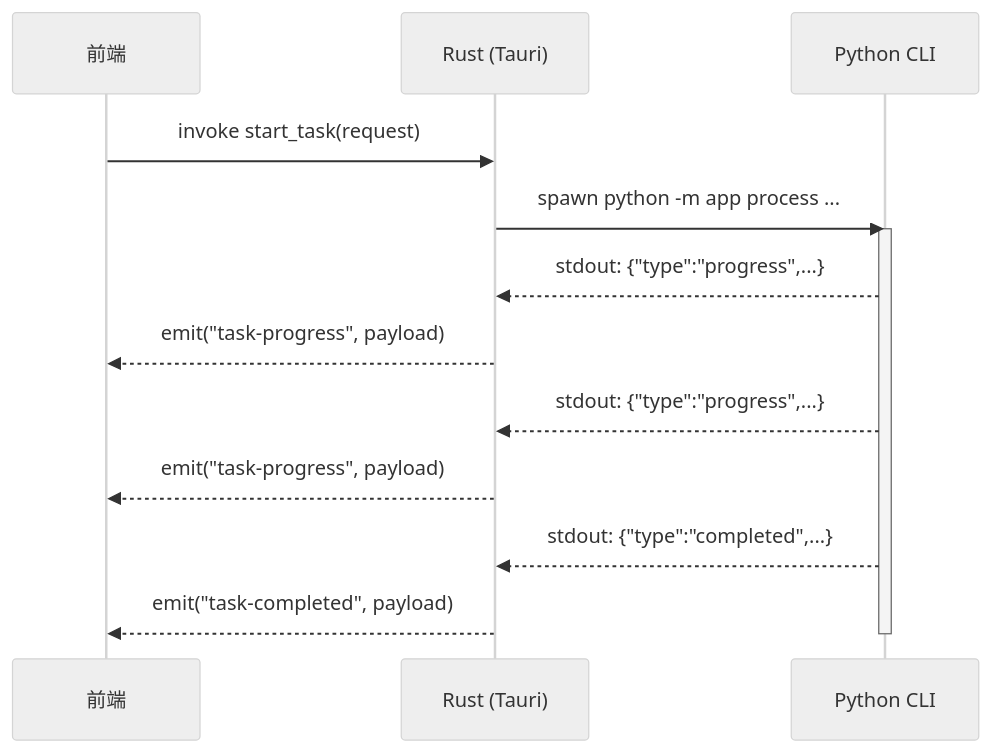
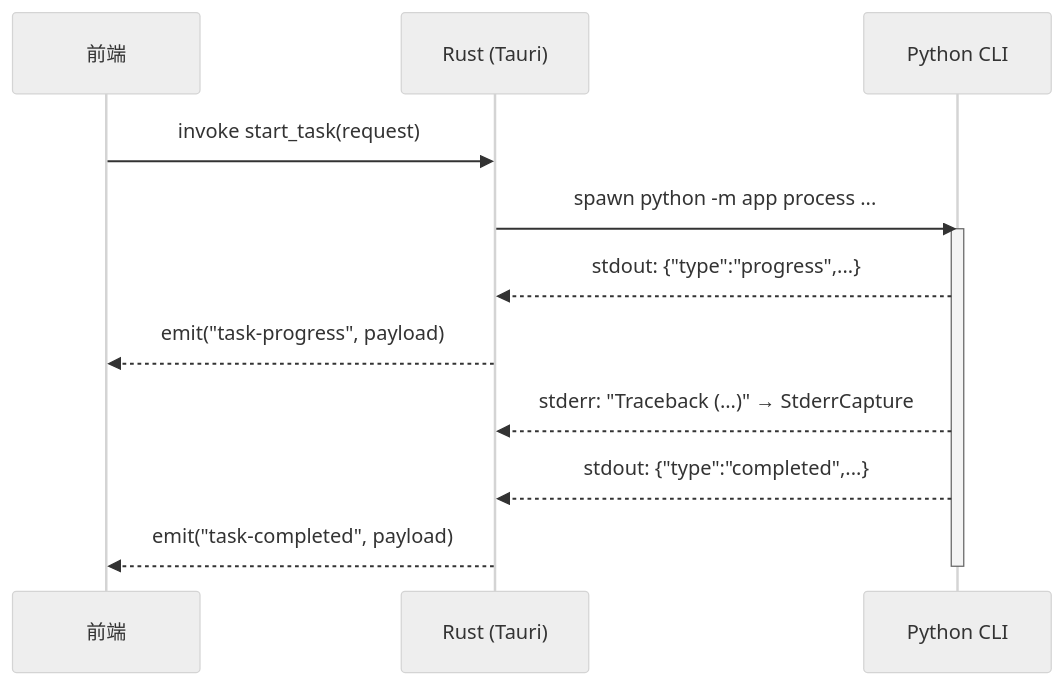
The first of 2 diagrams in docs/ipc-protocol.md (youge325/vp), drawn with Mermaid (neutral theme) before and after one commit. The commit also changed other lines of this file and 9 other files, not shown here.

````diff
--- a/docs/ipc-protocol.md
+++ b/docs/ipc-protocol.md
@@ -75,17 +103,16 @@
 ```mermaid
 sequenceDiagram
     participant FE as 前端
     participant RS as Rust (Tauri)
     participant PY as Python CLI
 
     FE->>RS: invoke start_task(request)
     RS->>PY: spawn python -m app process ...
     activate PY
     PY-->>RS: stdout: {"type":"progress",...}
     RS-->>FE: emit("task-progress", payload)
-    PY-->>RS: stdout: {"type":"progress",...}
-    RS-->>FE: emit("task-progress", payload)
+    PY-->>RS: stderr: "Traceback (...)" → StderrCapture
     PY-->>RS: stdout: {"type":"completed",...}
     RS-->>FE: emit("task-completed", payload)
     deactivate PY
 ```
````
